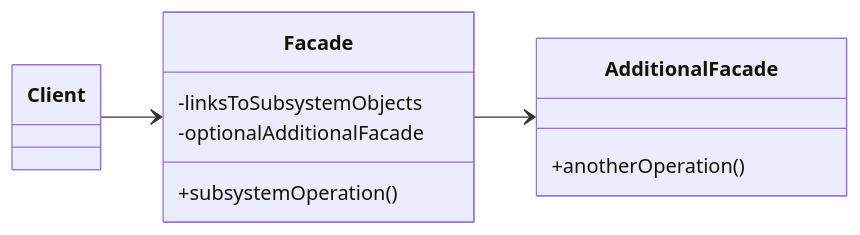
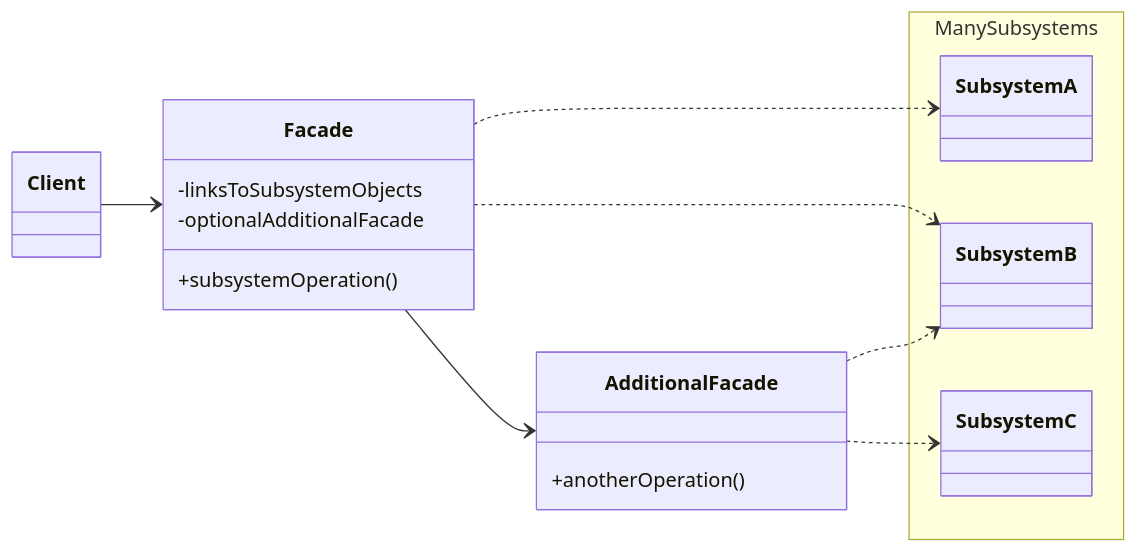
The diagram in docs/classDiaglams/softwareDesignPattern/structure/facade.md (natukikazemizo/Sedna1.0), drawn with Mermaid before and after one commit. The commit also changed 6 other files, not shown here.

````diff
--- a/docs/classDiaglams/softwareDesignPattern/structure/facade.md
+++ b/docs/classDiaglams/softwareDesignPattern/structure/facade.md
@@ -1,15 +1,25 @@
 ```mermaid
 classDiagram
   direction LR
   class Client
   class Facade {
     -linksToSubsystemObjects
     -optionalAdditionalFacade
     +subsystemOperation()
   }
   class AdditionalFacade {
     +anotherOperation()
   }
+namespace ManySubsystems {
+  class SubsystemA
+  class SubsystemB
+  class SubsystemC
+}
   Client --> Facade
   Facade --> AdditionalFacade
+  Facade ..> SubsystemA
+  Facade ..> SubsystemB
+  AdditionalFacade ..> SubsystemB
+  AdditionalFacade ..> SubsystemC
+ 
  ```
````
